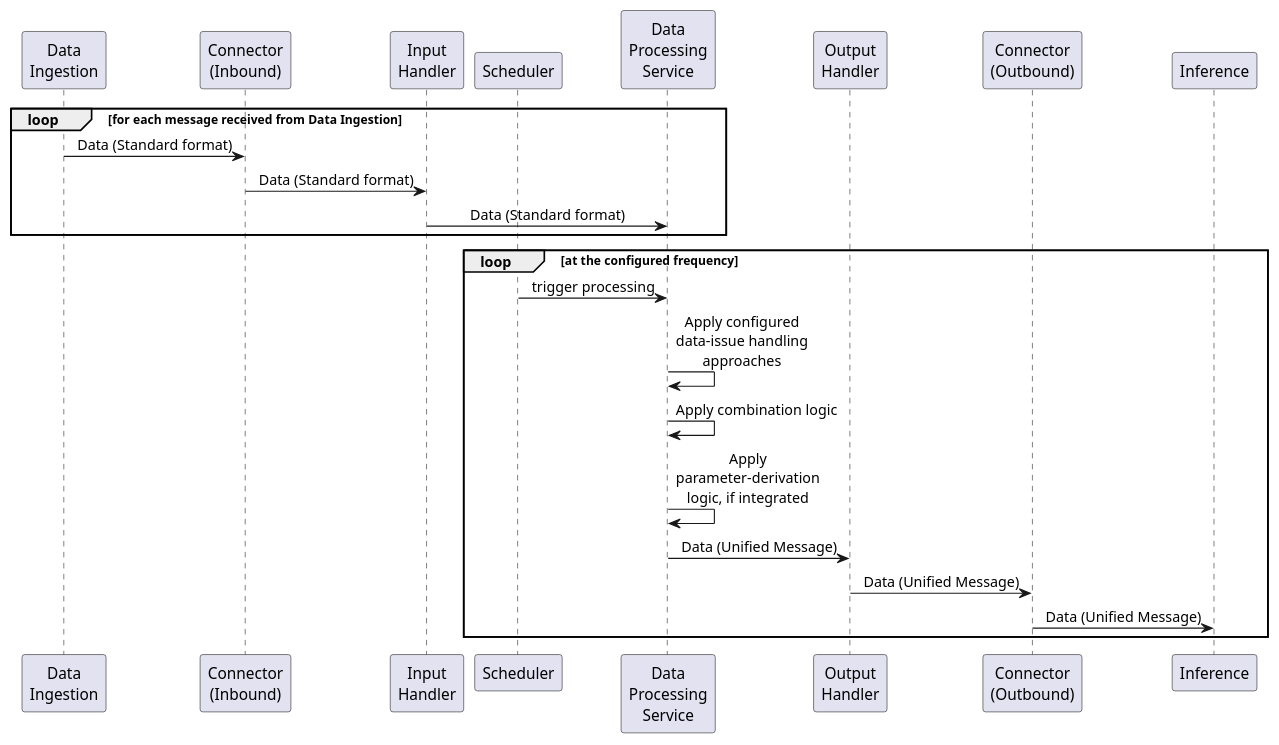
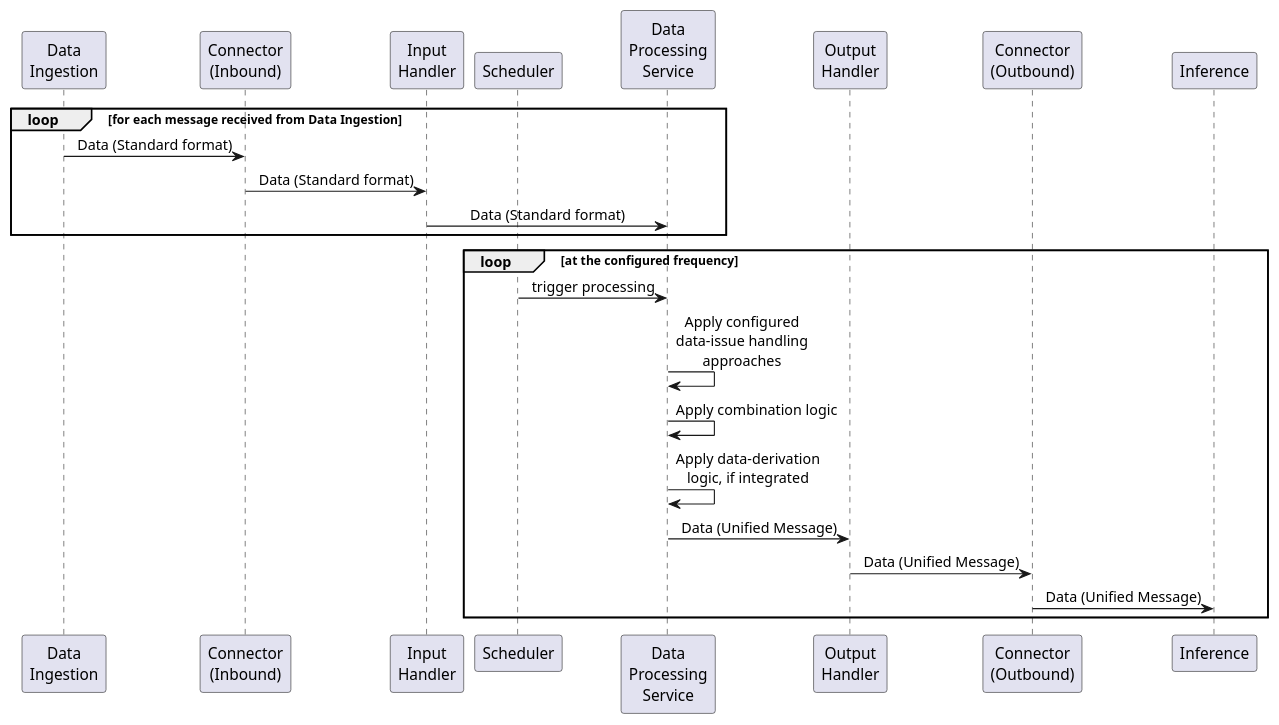
The diagram in docs/SSD_3.puml (Soft-CPS-Research-Group/Percepta), drawn with PlantUML before and after one commit. The commit also changed 320 other files, not shown here.

```diff
--- a/docs/SSD_3.puml
+++ b/docs/SSD_3.puml
@@ -1,30 +1,30 @@
 @startuml
 skinparam sequenceMessageAlign center
 skinparam maxMessageSize 150
 
 participant "Data\nIngestion" as DI
 participant "Connector\n(Inbound)" as Conn
 participant "Input\nHandler" as IH
 participant "Scheduler" as Sched
 participant "Data\nProcessing\nService" as DPS
 participant "Output\nHandler" as OH
 participant "Connector\n(Outbound)" as ConnOut
 participant "Inference" as Inf
 
 loop for each message received from Data Ingestion
     DI -> Conn : Data (Standard format)
     Conn -> IH : Data (Standard format)
     IH -> DPS : Data (Standard format)
 end
 
 loop at the configured frequency
     Sched -> DPS : trigger processing
     DPS -> DPS : Apply configured data-issue handling approaches
     DPS -> DPS : Apply combination logic
-    DPS -> DPS : Apply parameter-derivation logic, if integrated
+    DPS -> DPS : Apply data-derivation logic, if integrated
     DPS -> OH : Data (Unified Message)
     OH -> ConnOut : Data (Unified Message)
     ConnOut -> Inf : Data (Unified Message)
 end
 
 @enduml
```
